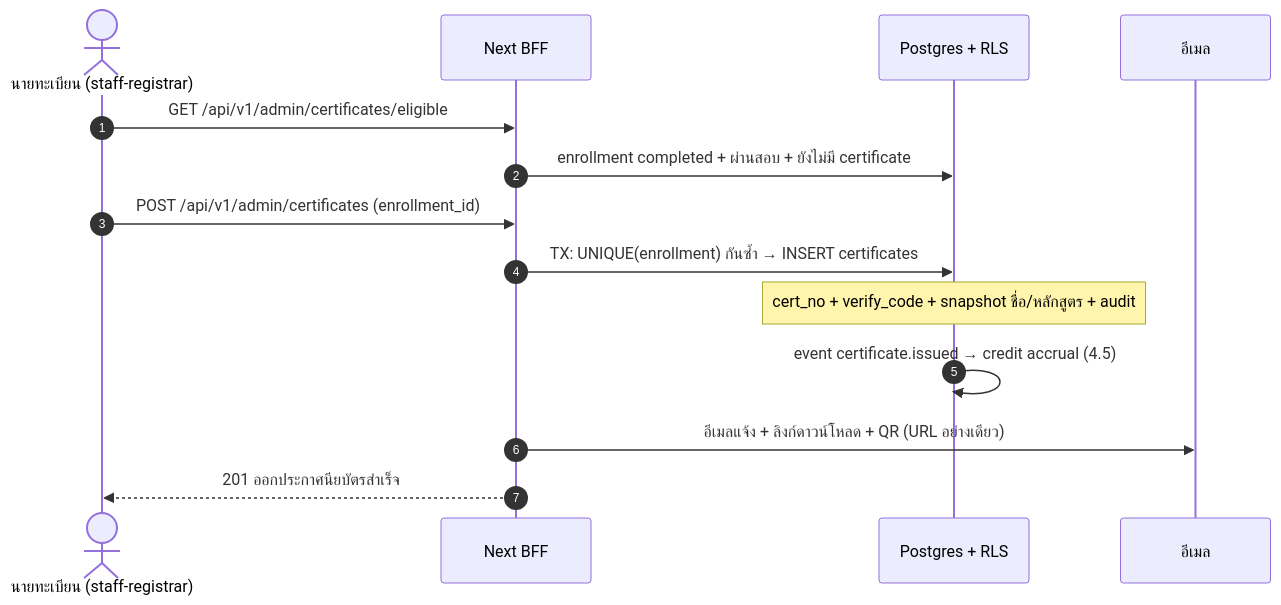
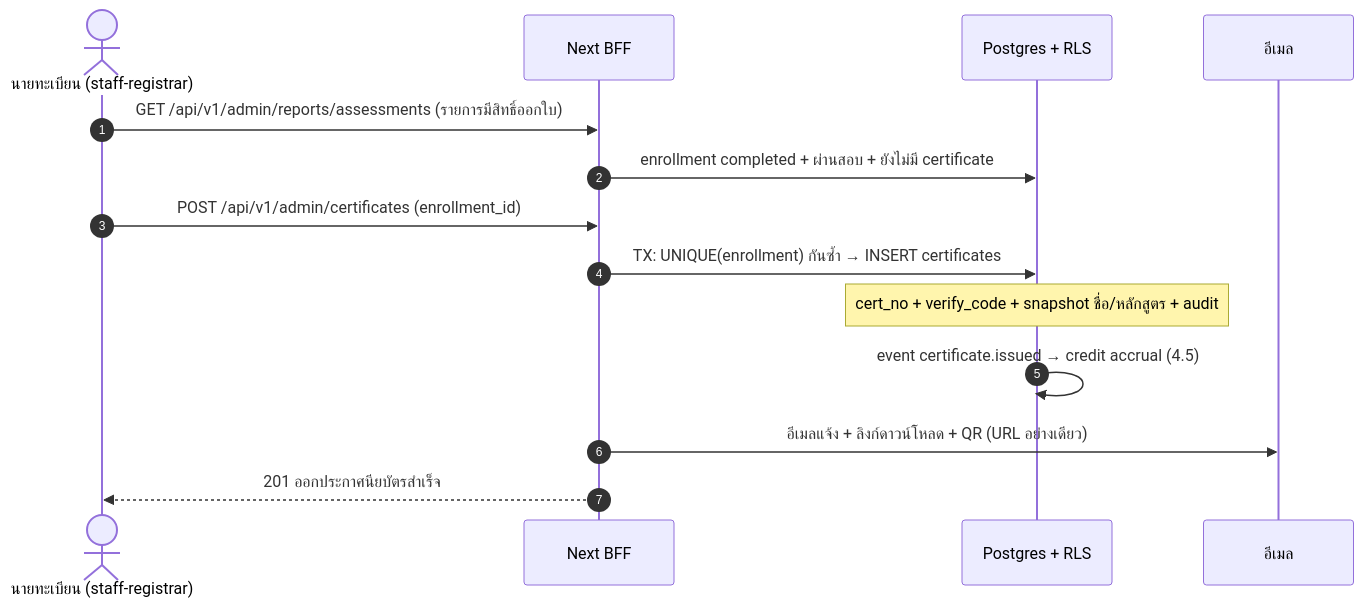
The fourth of 6 diagrams in docs/03-design/SDS.md (narongsak-sukma/E-Leaning-LTC), drawn with Mermaid before and after one commit. The commit also changed other lines of this file and 2 other files, not shown here.

````diff
--- a/docs/03-design/SDS.md
+++ b/docs/03-design/SDS.md
@@ -239,16 +240,16 @@
 ```mermaid
 sequenceDiagram
     autonumber
     actor R as นายทะเบียน (staff-registrar)
     participant BFF as Next BFF
     participant DB as Postgres + RLS
     participant M as อีเมล
-    R->>BFF: GET /api/v1/admin/certificates/eligible
+    R->>BFF: GET /api/v1/admin/reports/assessments (รายการมีสิทธิ์ออกใบ)
     BFF->>DB: enrollment completed + ผ่านสอบ + ยังไม่มี certificate
     R->>BFF: POST /api/v1/admin/certificates (enrollment_id)
     BFF->>DB: TX: UNIQUE(enrollment) กันซ้ำ → INSERT certificates
     Note over DB: cert_no + verify_code + snapshot ชื่อ/หลักสูตร + audit
     DB->>DB: event certificate.issued → credit accrual (4.5)
     BFF->>M: อีเมลแจ้ง + ลิงก์ดาวน์โหลด + QR (URL อย่างเดียว)
     BFF-->>R: 201 ออกประกาศนียบัตรสำเร็จ
 ```
````
